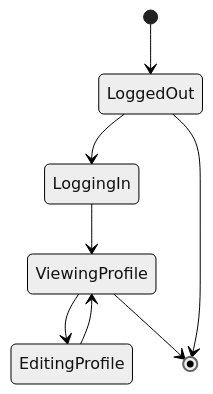
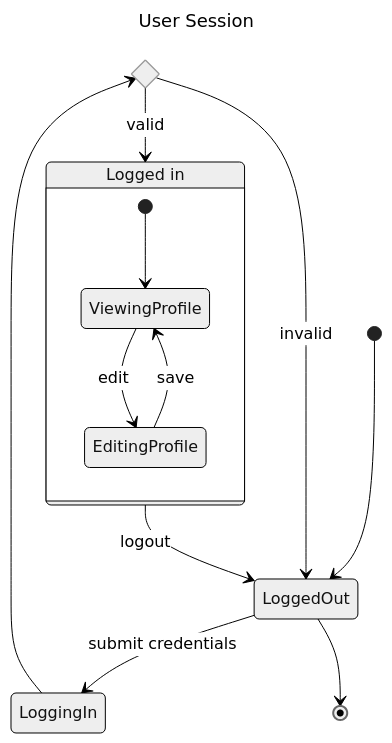
One commit to hgrabows/diagrammer-skills changed diagram 13 of 13 in skills/diagrammer/specs/mermaid/stateDiagram.md. Above: the diagram before and after it, drawn with Mermaid (neutral theme). The commit also changed other lines of this file and 127 other files, not shown here.

First line of the commit message:
feat: audit all specs, add example gallery, fix PlantUML and Gantt rendering

````diff
--- a/skills/diagrammer/specs/mermaid/stateDiagram.md
+++ b/skills/diagrammer/specs/mermaid/stateDiagram.md
@@ -182,10 +260,21 @@
 ```mermaid
-stateDiagram
+---
+title: User Session
+---
+stateDiagram-v2
+    state credentials_ok <<choice>>
     [*] --> LoggedOut
-    LoggedOut --> LoggingIn
-    LoggingIn --> ViewingProfile
-    ViewingProfile --> EditingProfile
-    EditingProfile --> ViewingProfile
-    ViewingProfile --> [*]
+    LoggedOut --> LoggingIn : submit credentials
+    LoggingIn --> credentials_ok
+    credentials_ok --> LoggedIn : valid
+    credentials_ok --> LoggedOut : invalid
+    LoggedIn --> LoggedOut : logout
     LoggedOut --> [*]
+
+    LoggedIn : Logged in
+    state LoggedIn {
+        [*] --> ViewingProfile
+        ViewingProfile --> EditingProfile : edit
+        EditingProfile --> ViewingProfile : save
+    }
 ```
````
